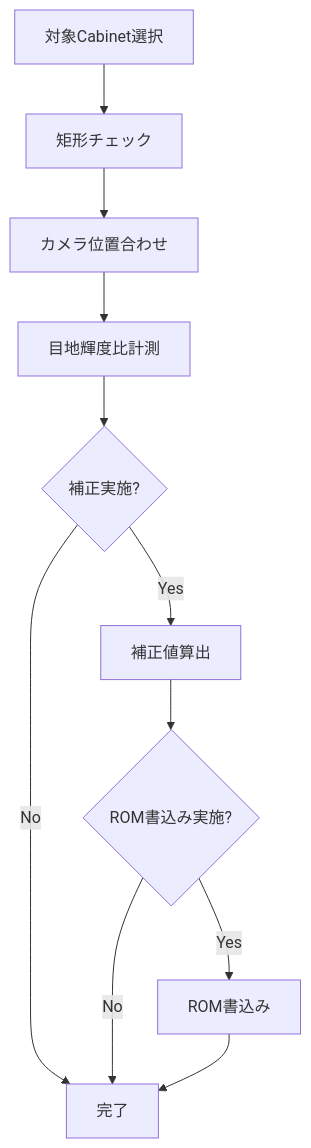
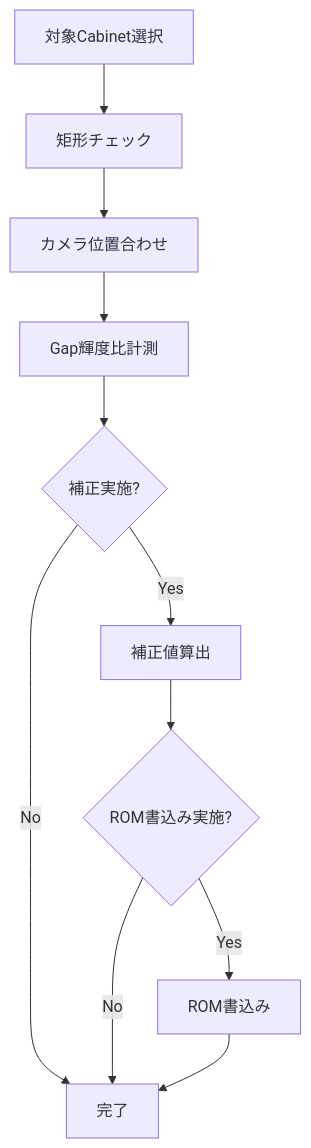
The first of 2 diagrams in docs/GapCamera_要件定義書.md (HottaTakayuki/ColorAlignmentSoftware), drawn with Mermaid before and after one commit. The commit also changed other lines of this file and 5 other files, not shown here.

````diff
--- a/docs/GapCamera_要件定義書.md
+++ b/docs/GapCamera_要件定義書.md
@@ -78,13 +78,13 @@
 ```mermaid
 flowchart TD
     A[対象Cabinet選択] --> B[矩形チェック]
     B --> C[カメラ位置合わせ]
-    C --> D[目地輝度比計測]
+    C --> D[Gap輝度比計測]
     D --> E{補正実施?}
     E -->|Yes| F[補正値算出]
     E -->|No| I[完了]
     F --> G{ROM書込み実施?}
     G -->|Yes| H[ROM書込み]
     G -->|No| I
     H --> I
 ```
````
